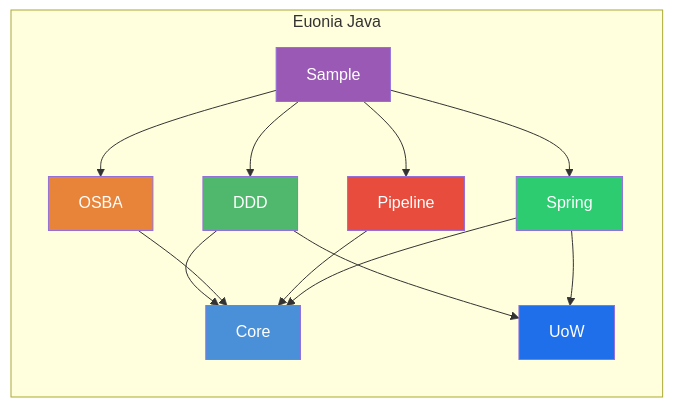
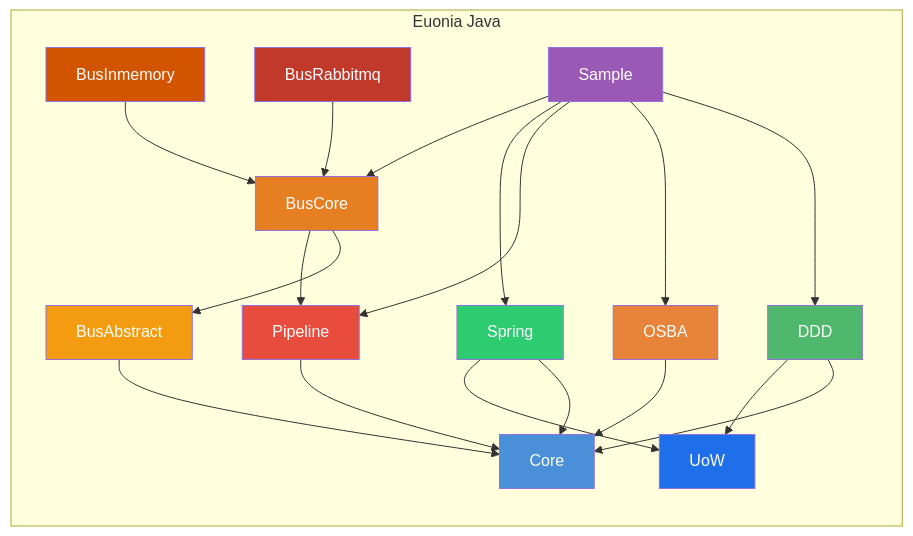
Before and after one commit to euonia-project/euonia-java: the diagram in README.en.md, drawn with Mermaid. The commit also changed other lines of this file and 1 other file, not shown here.

Commit message:
feat: Update README to include Bus Abstract and Bus Core modules with detailed descriptions and dependencies

````diff
--- a/README.en.md
+++ b/README.en.md
@@ -13,24 +13,34 @@
 ```mermaid
 graph TD
     subgraph "Euonia Java"
         direction TB
         DDD --> Core
         DDD --> UoW
         OSBA --> Core
         Pipeline --> Core
         Spring --> Core
         Spring --> UoW
+        BusAbstract --> Core
+        BusCore --> BusAbstract
+        BusCore --> Pipeline
+        BusInmemory --> BusCore
+        BusRabbitmq --> BusCore
         Sample --> DDD
         Sample --> OSBA
         Sample --> Pipeline
         Sample --> Spring
+        Sample --> BusCore
     end
 
     style Core fill:#4A90D9,color:#fff
     style DDD fill:#50B86C,color:#fff
     style UoW fill:#1F6FEB,color:#fff
     style OSBA fill:#E8833A,color:#fff
     style Pipeline fill:#E74C3C,color:#fff
     style Spring fill:#2ECC71,color:#fff
+    style BusAbstract fill:#F39C12,color:#fff
+    style BusCore fill:#E67E22,color:#fff
+    style BusInmemory fill:#D35400,color:#fff
+    style BusRabbitmq fill:#C0392B,color:#fff
     style Sample fill:#9B59B6,color:#fff
 ```
````
